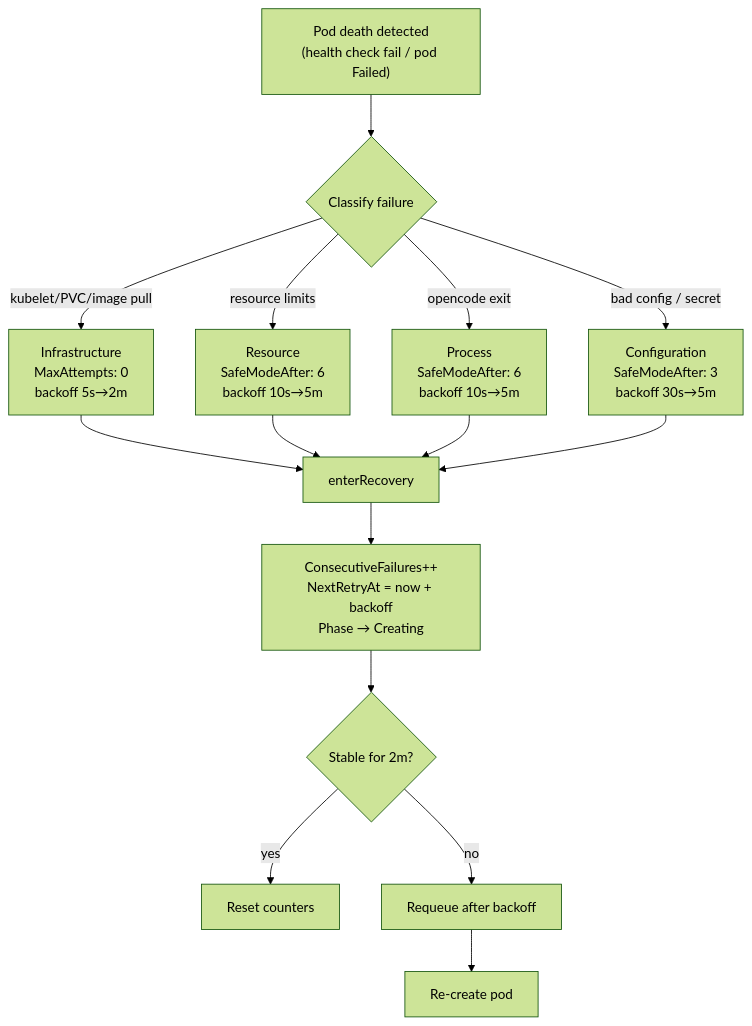
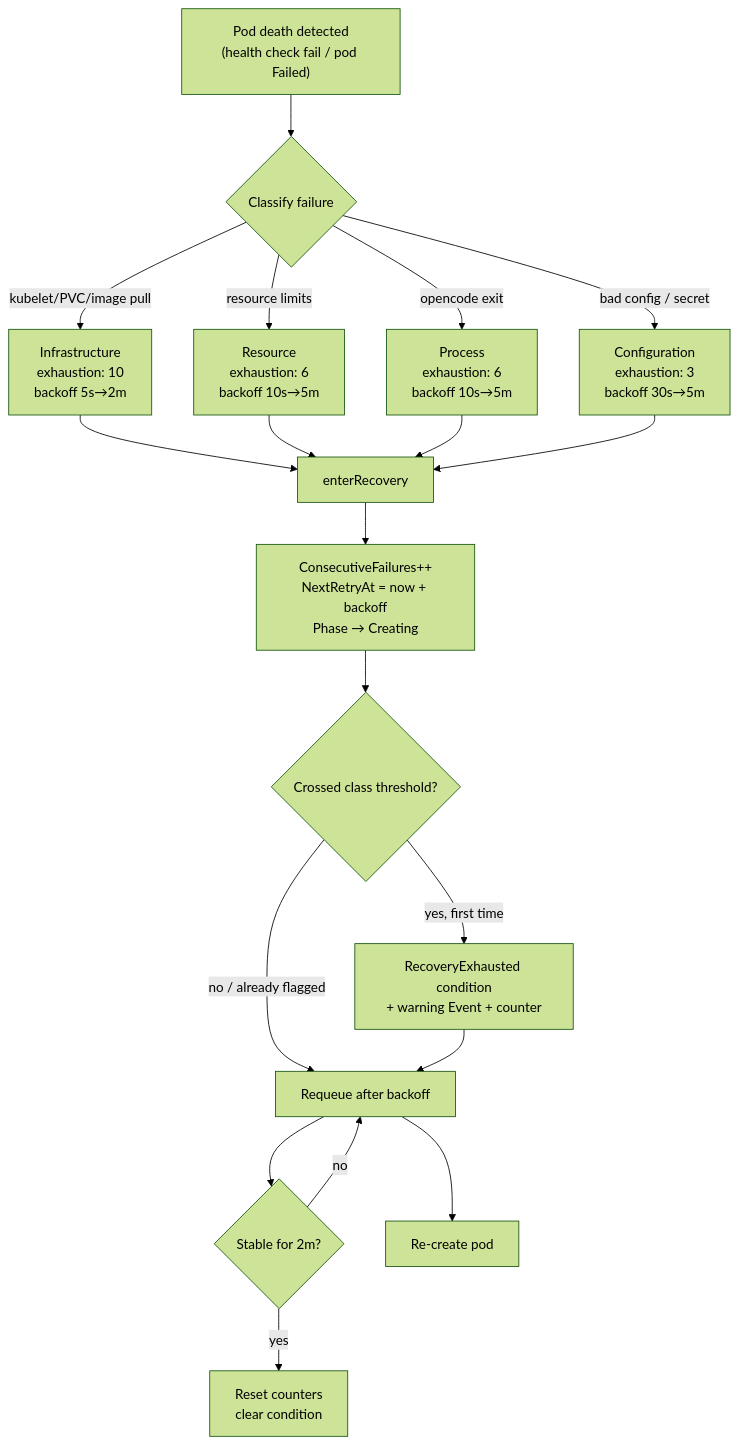
Before and after one commit to lenaxia/LLMSafeSpaces: the second of 2 diagrams in docs/architecture/lifecycle.md, drawn with Mermaid (forest theme). The commit also changed other lines of this file and 25 other files, not shown here.

Commit message:
refactor(controller): #760 — retire SafeMode; recovery-exhaustion condition + event + alert

````diff
--- a/docs/architecture/lifecycle.md
+++ b/docs/architecture/lifecycle.md
@@ -143,18 +143,22 @@
 ```mermaid
 flowchart TD
     DEATH["Pod death detected<br/>(health check fail / pod Failed)"]
     DEATH --> CLASS{Classify failure}
-    CLASS -->|kubelet/PVC/image pull| INF["Infrastructure<br/>MaxAttempts: 0<br/>backoff 5s→2m"]
-    CLASS -->|resource limits| RES["Resource<br/>SafeModeAfter: 6<br/>backoff 10s→5m"]
-    CLASS -->|opencode exit| PRC["Process<br/>SafeModeAfter: 6<br/>backoff 10s→5m"]
-    CLASS -->|bad config / secret| CFG["Configuration<br/>SafeModeAfter: 3<br/>backoff 30s→5m"]
+    CLASS -->|kubelet/PVC/image pull| INF["Infrastructure<br/>exhaustion: 10<br/>backoff 5s→2m"]
+    CLASS -->|resource limits| RES["Resource<br/>exhaustion: 6<br/>backoff 10s→5m"]
+    CLASS -->|opencode exit| PRC["Process<br/>exhaustion: 6<br/>backoff 10s→5m"]
+    CLASS -->|bad config / secret| CFG["Configuration<br/>exhaustion: 3<br/>backoff 30s→5m"]
     INF --> REC[enterRecovery]
     RES --> REC
     PRC --> REC
     CFG --> REC
     REC --> BK["ConsecutiveFailures++<br/>NextRetryAt = now + backoff<br/>Phase → Creating"]
-    BK --> WAIT{Stable for 2m?}
-    WAIT -->|yes| RESET[Reset counters]
-    WAIT -->|no| BK2[Requeue after backoff]
+    BK --> EXH{Crossed class threshold?}
+    EXH -->|yes, first time| SIG["RecoveryExhausted condition<br/>+ warning Event + counter"]
+    EXH -->|no / already flagged| BK2[Requeue after backoff]
+    SIG --> BK2
+    BK2 --> WAIT{Stable for 2m?}
+    WAIT -->|yes| RESET[Reset counters<br/>clear condition]
+    WAIT -->|no| BK2
     BK2 --> RETRY[Re-create pod]
 ```
````
